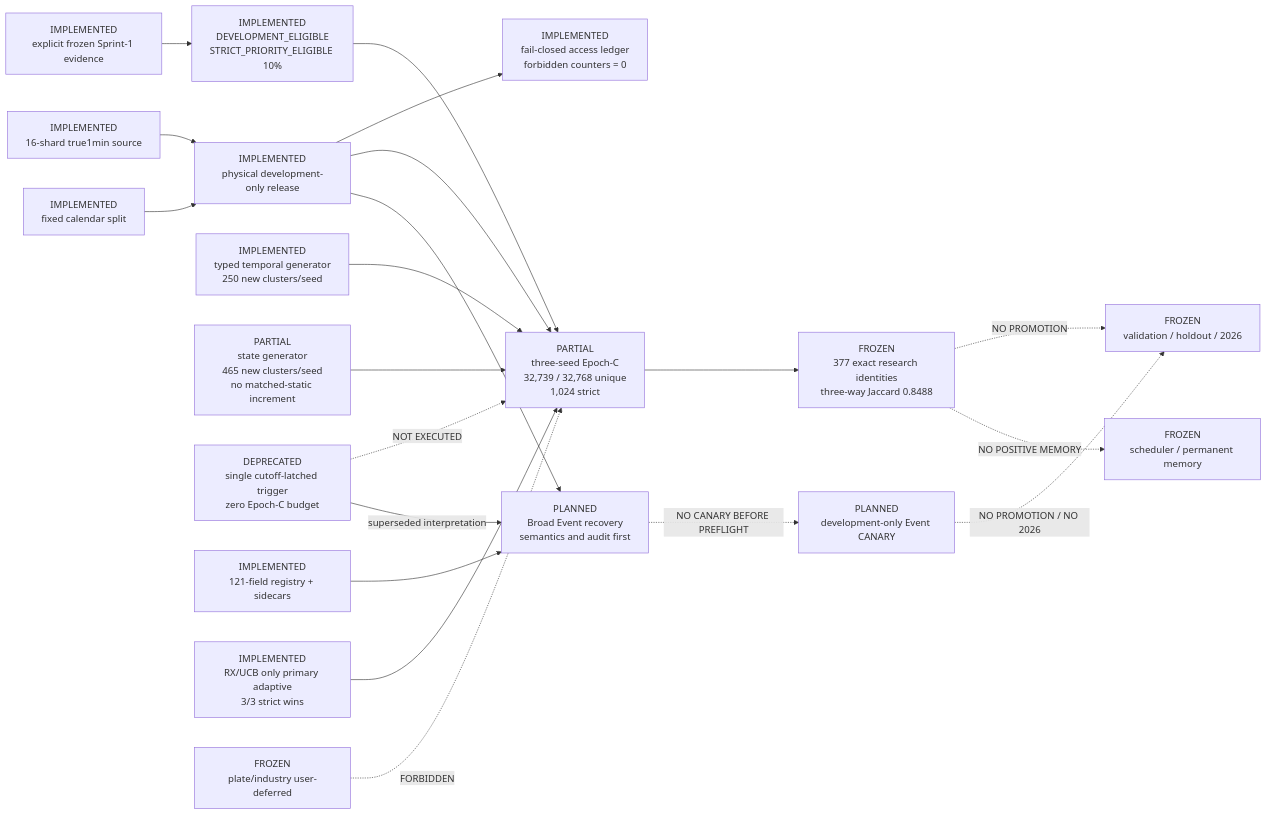
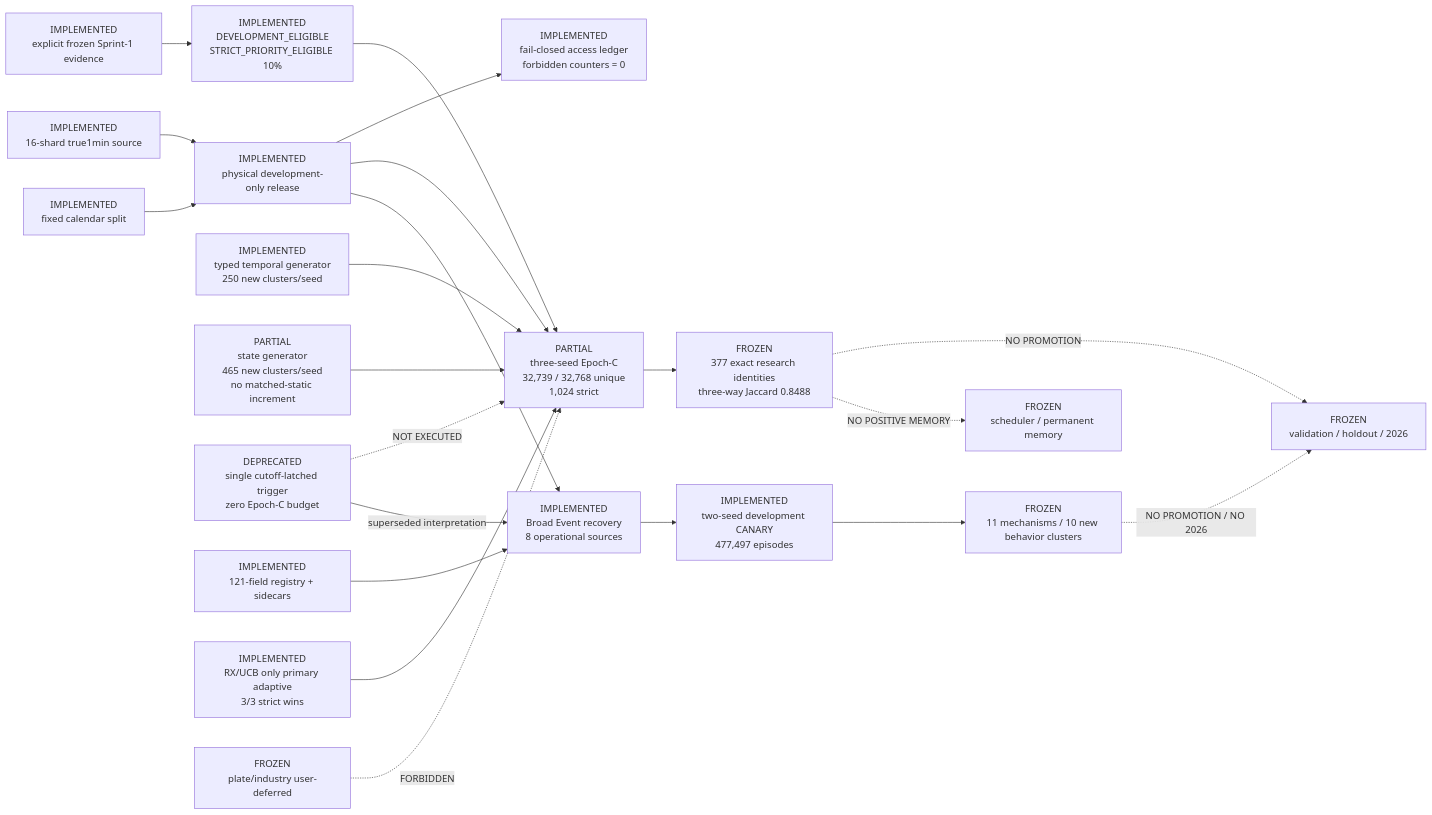
The diagram in .planning/architecture/CURRENT_ARCHITECTURE.md (weisssschnee/alpha-pit-engine-v2), drawn with Mermaid before and after one commit. The commit also changed other lines of this file and 19 other files, not shown here.

Commit message:
Close Broad Event recovery with discovery entry pack

````diff
--- a/.planning/architecture/CURRENT_ARCHITECTURE.md
+++ b/.planning/architecture/CURRENT_ARCHITECTURE.md
@@ -16,24 +16,25 @@
 ```mermaid
 flowchart LR
     DATA["IMPLEMENTED<br/>16-shard true1min source"] --> DEV["IMPLEMENTED<br/>physical development-only release"]
     SPLIT["IMPLEMENTED<br/>fixed calendar split"] --> DEV
     DEV --> LEDGER["IMPLEMENTED<br/>fail-closed access ledger<br/>forbidden counters = 0"]
     DEV --> EPOCHC["PARTIAL<br/>three-seed Epoch-C<br/>32,739 / 32,768 unique<br/>1,024 strict"]
 
     EVIDENCE["IMPLEMENTED<br/>explicit frozen Sprint-1 evidence"] --> SELECTOR["IMPLEMENTED<br/>DEVELOPMENT_ELIGIBLE<br/>STRICT_PRIORITY_ELIGIBLE 10%"]
     SELECTOR --> EPOCHC
     TEMPORAL["IMPLEMENTED<br/>typed temporal generator<br/>250 new clusters/seed"] --> EPOCHC
     STATE["PARTIAL<br/>state generator<br/>465 new clusters/seed<br/>no matched-static increment"] --> EPOCHC
     LEGACY_EVENT["DEPRECATED<br/>single cutoff-latched trigger<br/>zero Epoch-C budget"] -. "NOT EXECUTED" .-> EPOCHC
-    FIELDS["IMPLEMENTED<br/>121-field registry + sidecars"] --> BROAD_EVENT["PLANNED<br/>Broad Event recovery<br/>semantics and audit first"]
+    FIELDS["IMPLEMENTED<br/>121-field registry + sidecars"] --> BROAD_EVENT["IMPLEMENTED<br/>Broad Event recovery<br/>8 operational sources"]
     LEGACY_EVENT -->|"superseded interpretation"| BROAD_EVENT
     DEV --> BROAD_EVENT
     RX["IMPLEMENTED<br/>RX/UCB only primary adaptive<br/>3/3 strict wins"] --> EPOCHC
 
     EPOCHC --> PACK["FROZEN<br/>377 exact research identities<br/>three-way Jaccard 0.8488"]
     PACK -. "NO PROMOTION" .-> SEALED["FROZEN<br/>validation / holdout / 2026"]
     PACK -. "NO POSITIVE MEMORY" .-> MEMORY["FROZEN<br/>scheduler / permanent memory"]
-    BROAD_EVENT -. "NO CANARY BEFORE PREFLIGHT" .-> EVENT_CANARY["PLANNED<br/>development-only Event CANARY"]
-    EVENT_CANARY -. "NO PROMOTION / NO 2026" .-> SEALED
+    BROAD_EVENT --> EVENT_CANARY["IMPLEMENTED<br/>two-seed development CANARY<br/>477,497 episodes"]
+    EVENT_CANARY --> EVENT_PACK["FROZEN<br/>11 mechanisms / 10 new behavior clusters"]
+    EVENT_PACK -. "NO PROMOTION / NO 2026" .-> SEALED
     PLATE["FROZEN<br/>plate/industry user-deferred"] -. "FORBIDDEN" .-> EPOCHC
 ```
````
